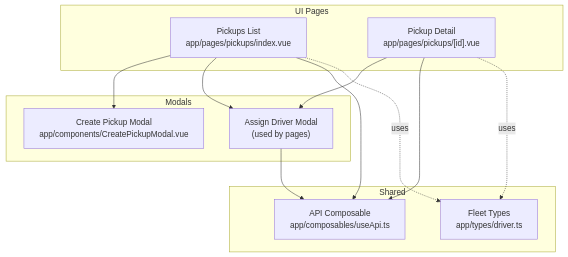
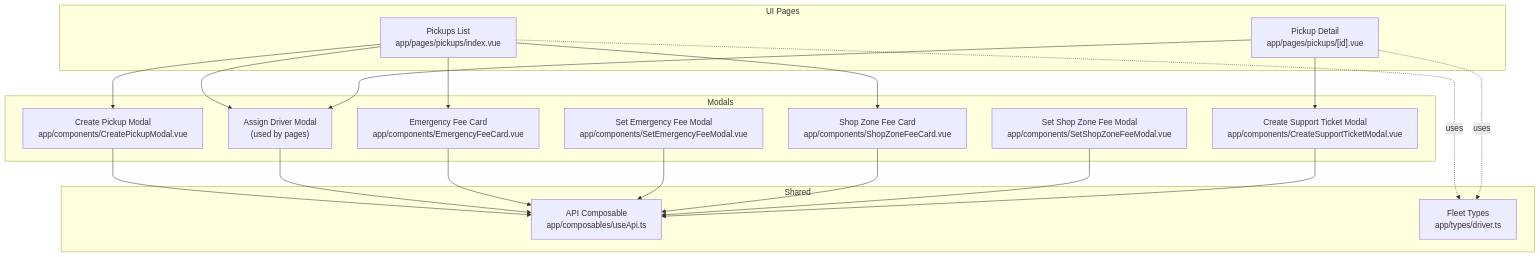
One commit to Lazynerd-Studios/lacarte-atlas-console changed the first of 10 diagrams in .qoder/repowiki/en/content/Business Modules/Pickup Operations.md. Above: the diagram before and after it, drawn with Mermaid. The commit also changed other lines of this file and 23 other files, not shown here.

````diff
--- a/.qoder/repowiki/en/content/Business Modules/Pickup Operations.md
+++ b/.qoder/repowiki/en/content/Business Modules/Pickup Operations.md
@@ -45,23 +51,35 @@
 ```mermaid
 graph TB
 subgraph "UI Pages"
 PList["Pickups List<br/>app/pages/pickups/index.vue"]
 PDetail["Pickup Detail<br/>app/pages/pickups/[id].vue"]
 end
 subgraph "Modals"
 CreateM["Create Pickup Modal<br/>app/components/CreatePickupModal.vue"]
 AssignM["Assign Driver Modal<br/>(used by pages)"]
+EmergencyFee["Emergency Fee Card<br/>app/components/EmergencyFeeCard.vue"]
+SetEmergencyFee["Set Emergency Fee Modal<br/>app/components/SetEmergencyFeeModal.vue"]
+ShopZoneFee["Shop Zone Fee Card<br/>app/components/ShopZoneFeeCard.vue"]
+SetShopZoneFee["Set Shop Zone Fee Modal<br/>app/components/SetShopZoneFeeModal.vue"]
+SupportTicket["Create Support Ticket Modal<br/>app/components/CreateSupportTicketModal.vue"]
 end
 subgraph "Shared"
 Api["API Composable<br/>app/composables/useApi.ts"]
 Types["Fleet Types<br/>app/types/driver.ts"]
 end
 PList --> CreateM
 PList --> AssignM
+PList --> EmergencyFee
+PList --> ShopZoneFee
 PDetail --> AssignM
-PList --> Api
-PDetail --> Api
+PDetail --> SupportTicket
+CreateM --> Api
 AssignM --> Api
+EmergencyFee --> Api
+SetEmergencyFee --> Api
+ShopZoneFee --> Api
+SetShopZoneFee --> Api
+SupportTicket --> Api
 PList -. uses .-> Types
 PDetail -. uses .-> Types
 ```
````
